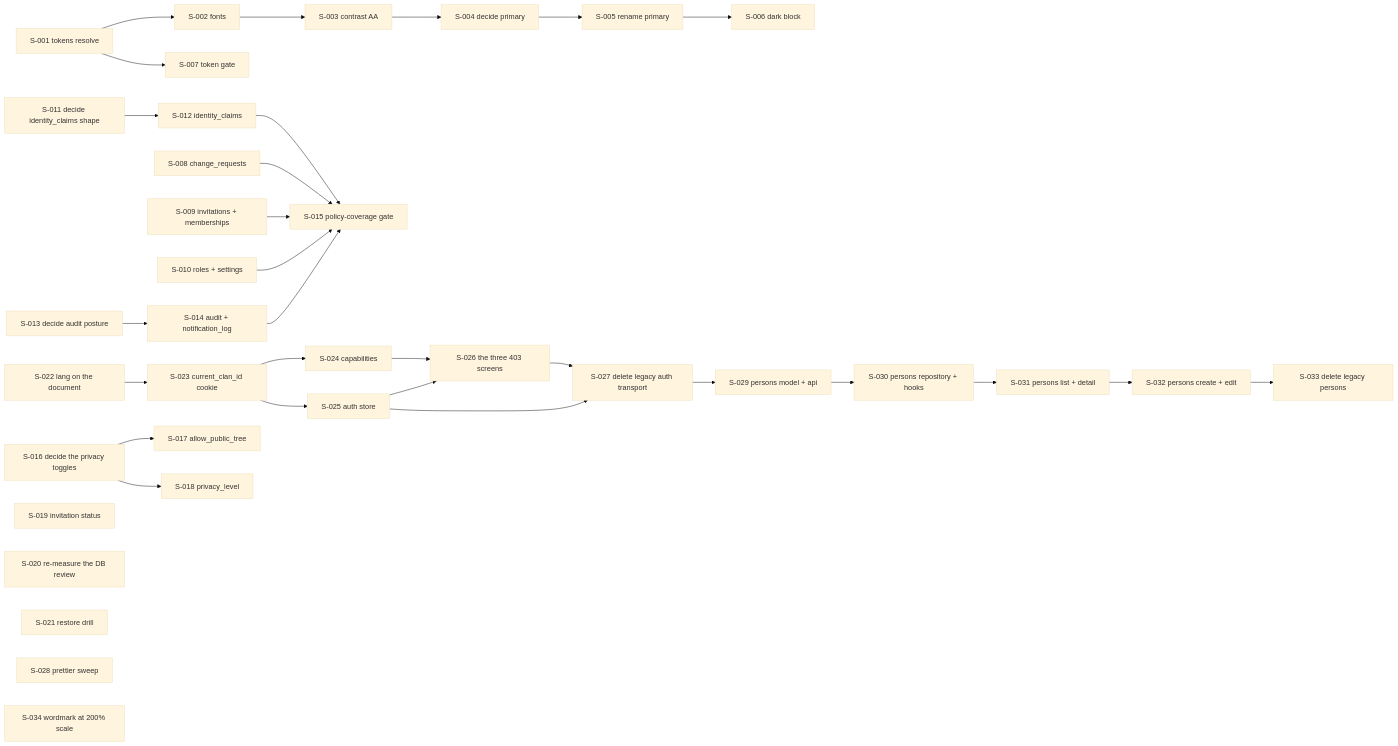
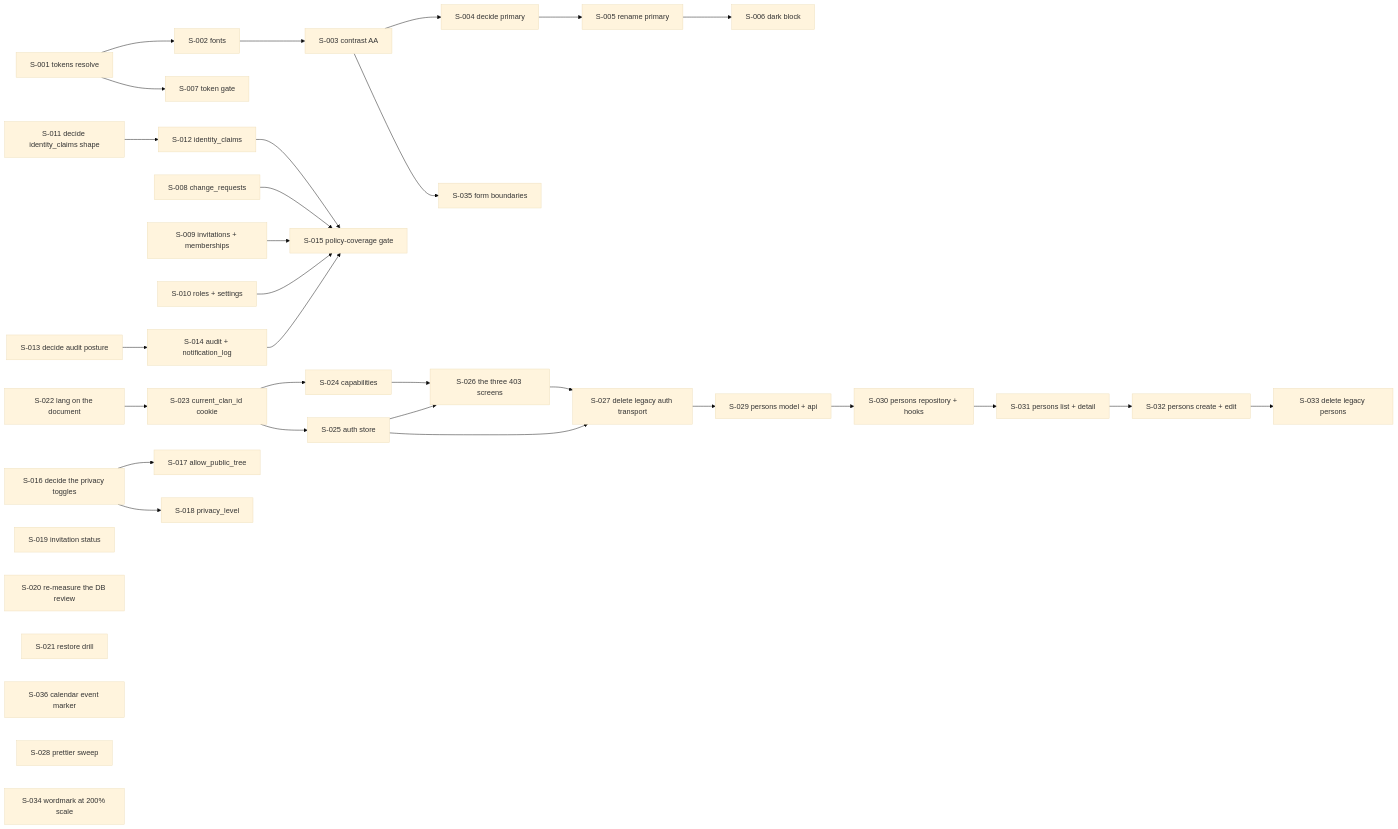
The diagram in docs/SEEDS.md (namphuongtran/familyroots), drawn with Mermaid (base theme) before and after one commit. The commit also changed other lines of this file and 5 other files, not shown here.

````diff
--- a/docs/SEEDS.md
+++ b/docs/SEEDS.md
@@ -132,38 +164,40 @@
 ```mermaid
 graph LR
   S001[S-001 tokens resolve] --> S002[S-002 fonts]
   S022[S-022 lang on the document] --> S023[S-023 current_clan_id cookie]
   S001 --> S007[S-007 token gate]
   S002 --> S003[S-003 contrast AA]
   S003 --> S004[S-004 decide primary]
   S004 --> S005[S-005 rename primary]
   S005 --> S006[S-006 dark block]
   S008[S-008 change_requests]
   S009[S-009 invitations + memberships]
   S010[S-010 roles + settings]
   S011[S-011 decide identity_claims shape] --> S012[S-012 identity_claims]
   S013[S-013 decide audit posture] --> S014[S-014 audit + notification_log]
   S008 --> S015[S-015 policy-coverage gate]
   S009 --> S015
   S010 --> S015
   S012 --> S015
   S014 --> S015
   S016[S-016 decide the privacy toggles] --> S017[S-017 allow_public_tree]
   S016 --> S018[S-018 privacy_level]
   S019[S-019 invitation status]
   S020[S-020 re-measure the DB review]
   S021[S-021 restore drill]
   S023 --> S024[S-024 capabilities]
   S023 --> S025[S-025 auth store]
   S024 --> S026[S-026 the three 403 screens]
   S025 --> S026
   S025 --> S027[S-027 delete legacy auth transport]
   S026 --> S027
+  S003 --> S035[S-035 form boundaries]
+  S036[S-036 calendar event marker]
   S028[S-028 prettier sweep]
   S034[S-034 wordmark at 200% scale]
   S027 --> S029[S-029 persons model + api]
   S029 --> S030[S-030 persons repository + hooks]
   S030 --> S031[S-031 persons list + detail]
   S031 --> S032[S-032 persons create + edit]
   S032 --> S033[S-033 delete legacy persons]
 ```
````
